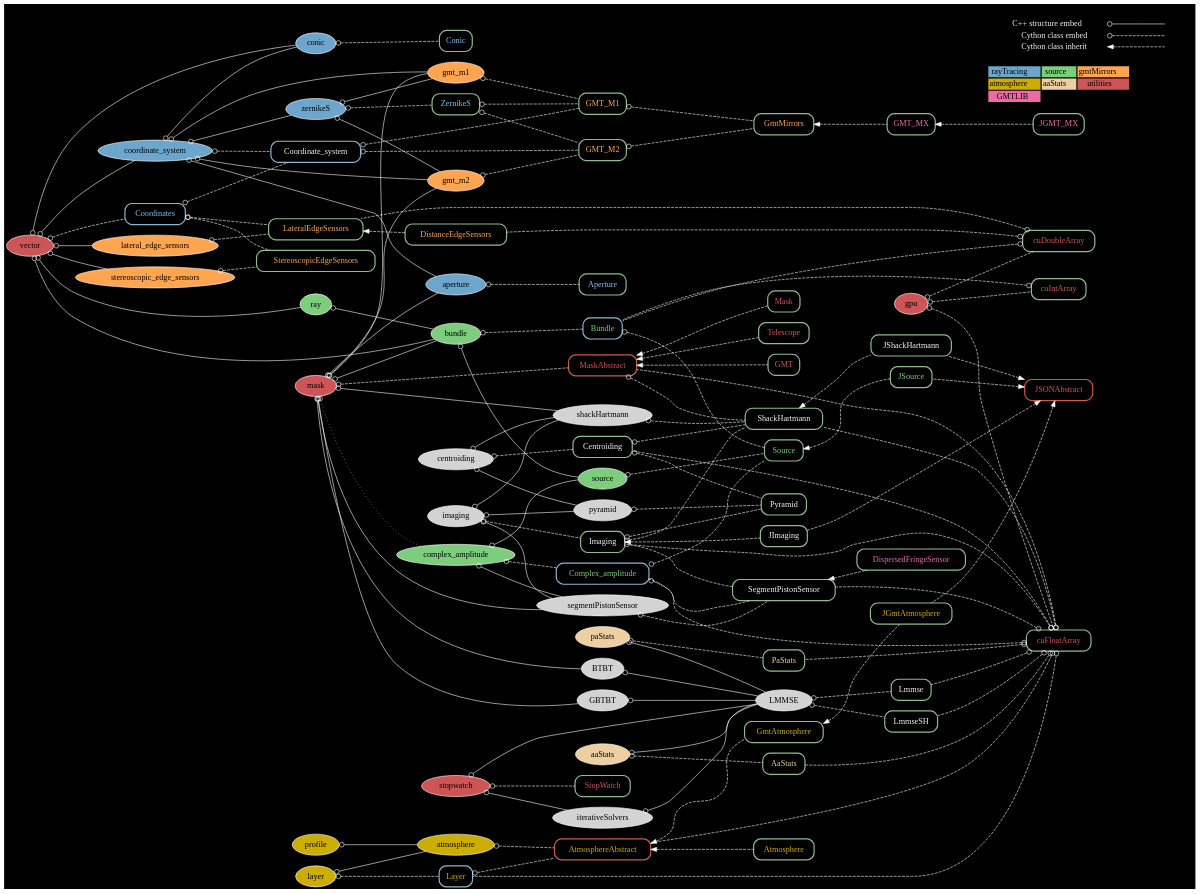
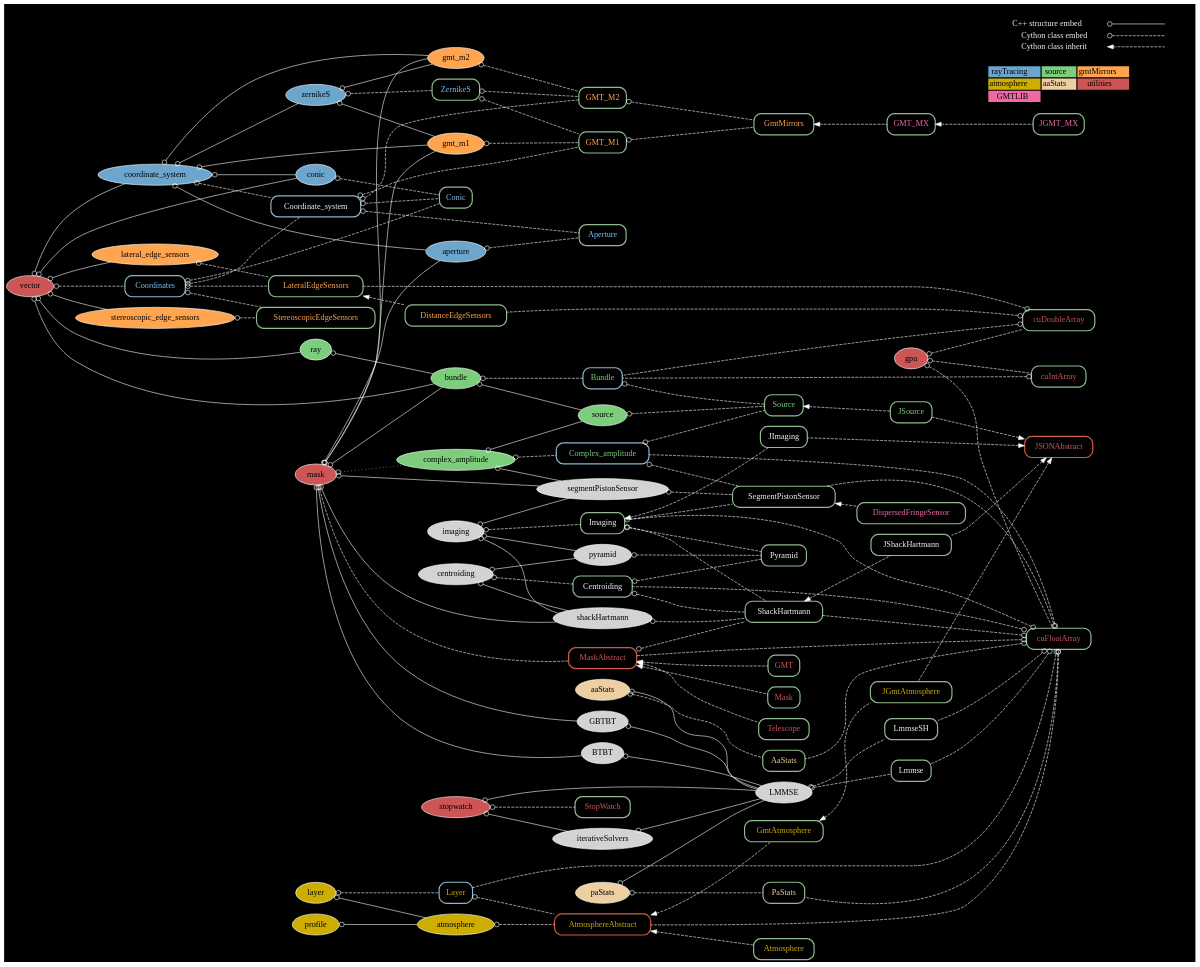
One commit to rconan/CEO changed the diagram in graph/ceo.dot. Above: the diagram before and after it, drawn with Graphviz. The commit also changed 2 other files, not shown here.

Commit message:
ADDED COORDINATES SYSTEM OBJECTS TO RAYRACING CONIC AND APERTURE CLASSES

```diff
--- a/graph/ceo.dot
+++ b/graph/ceo.dot
@@ -174,8 +174,8 @@
 gmt_m1 -> GMT_M1;
 gmt_m2 -> GMT_M2;
 
-aperture -> Aperture;
-conic -> Conic;
+{aperture; Coordinate_system;} -> Aperture;
+{conic; Coordinates; Coordinate_system;} -> Conic;
 
 zernikeS -> ZernikeS;
 ZernikeS -> GMT_M1;
```
